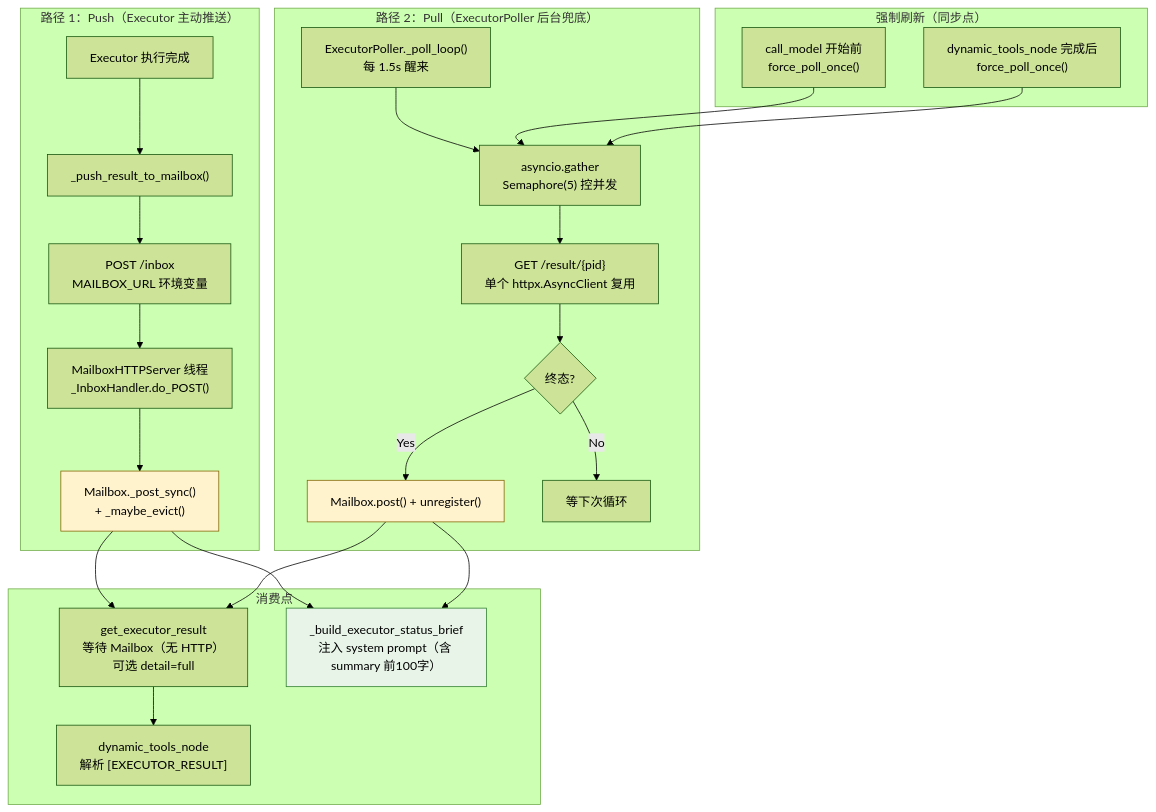
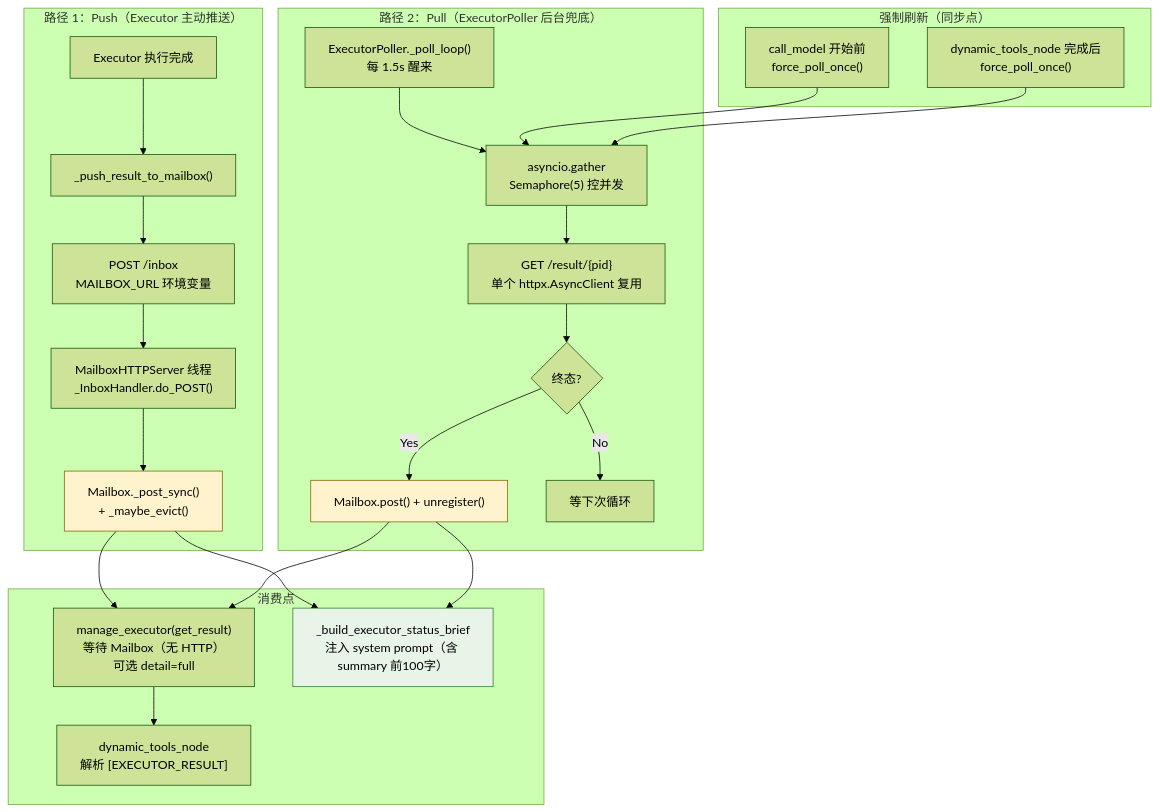
One commit to Tlaven/agent-triad changed the third of 8 diagrams in docs/v3-architecture-diagrams.md. Above: the diagram before and after it, drawn with Mermaid (forest theme). The commit also changed other lines of this file and 39 other files, not shown here.

````diff
--- a/docs/v3-architecture-diagrams.md
+++ b/docs/v3-architecture-diagrams.md
@@ -153,41 +153,41 @@
 ```mermaid
 flowchart TD
     subgraph Push["路径 1：Push（Executor 主动推送）"]
         P1[Executor 执行完成] --> P2["_push_result_to_mailbox()"]
         P2 --> P3["POST /inbox<br/>MAILBOX_URL 环境变量"]
         P3 --> P4["MailboxHTTPServer 线程<br/>_InboxHandler.do_POST()"]
         P4 --> P5["Mailbox._post_sync()<br/>+ _maybe_evict()"]
     end
 
     subgraph Pull["路径 2：Pull（ExecutorPoller 后台兜底）"]
         Q1["ExecutorPoller._poll_loop()<br/>每 1.5s 醒来"] --> Q2["asyncio.gather<br/>Semaphore(5) 控并发"]
         Q2 --> Q3["GET /result/{pid}<br/>单个 httpx.AsyncClient 复用"]
         Q3 --> Q4{终态?}
         Q4 -->|Yes| Q5["Mailbox.post() + unregister()"]
         Q4 -->|No| Q6["等下次循环"]
     end
 
     subgraph Consume["消费点"]
-        R1["get_executor_result<br/>等待 Mailbox（无 HTTP）<br/>可选 detail=full"]
+        R1["manage_executor(get_result)<br/>等待 Mailbox（无 HTTP）<br/>可选 detail=full"]
         R2["_build_executor_status_brief<br/>注入 system prompt（含 summary 前100字）"]
         R3["dynamic_tools_node<br/>解析 [EXECUTOR_RESULT]"]
     end
 
     P5 --> R1
     P5 --> R2
     Q5 --> R1
     Q5 --> R2
     R1 --> R3
 
     subgraph ForceFlush["强制刷新（同步点）"]
         F1["call_model 开始前<br/>force_poll_once()"]
         F2["dynamic_tools_node 完成后<br/>force_poll_once()"]
     end
 
     F1 --> Q2
     F2 --> Q2
 
     style P5 fill:#fff3cd,stroke:#856404
     style Q5 fill:#fff3cd,stroke:#856404
     style R2 fill:#e8f4e8,stroke:#2d7d2d
 ```
````
